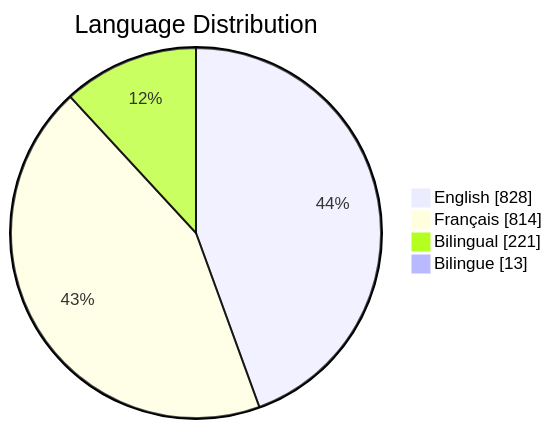
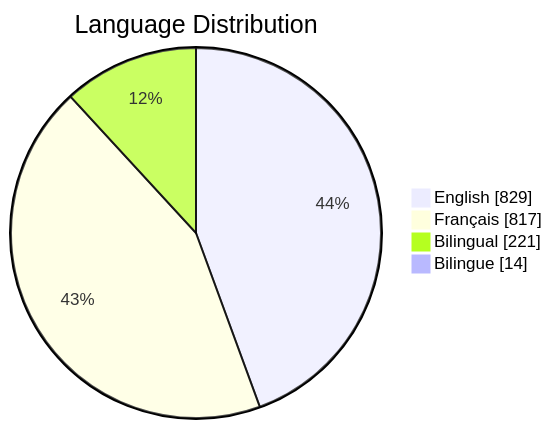
The third of 6 diagrams in README.md (PatLittle/GC-Socials), drawn with Mermaid before and after one commit. The commit also changed other lines of this file, not shown here.

Commit message:
Update README with Platform Distribution pie chart

````diff
--- a/README.md
+++ b/README.md
@@ -65,7 +65,7 @@
 ```mermaid
 pie showData title Language Distribution
-    "English": 828
-    "Français": 814
+    "English": 829
+    "Français": 817
     "Bilingual": 221
-    "Bilingue": 13
+    "Bilingue": 14
 ```
````
